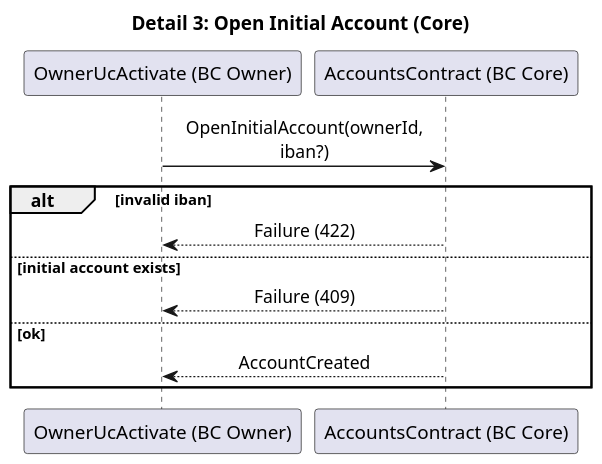
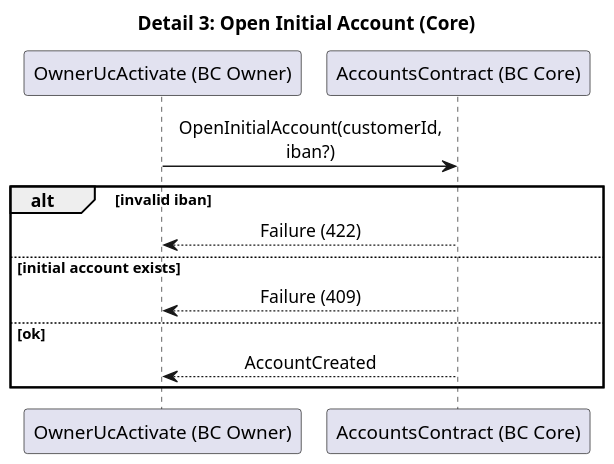
One commit to berndRog/Banking26DDD changed the diagram in BankingApi/1UML/Owner_UC_Activate/Activate_04_FirstAccount.puml. Above: the diagram before and after it, drawn with PlantUML. The commit also changed 142 other files, not shown here.

```diff
--- a/BankingApi/1UML/Owner_UC_Activate/Activate_04_FirstAccount.puml
+++ b/BankingApi/1UML/Owner_UC_Activate/Activate_04_FirstAccount.puml
@@ -1,19 +1,19 @@
 @startuml
 scale 1.35
 skinparam shadowing false
 skinparam sequenceMessageAlign center
 skinparam maxMessageSize 90
 title Detail 3: Open Initial Account (Core)
 
 participant "OwnerUcActivate (BC Owner)" as U
 participant "AccountsContract (BC Core)" as AC
 
-U -> AC : OpenInitialAccount(ownerId, iban?)
+U -> AC : OpenInitialAccount(customerId, iban?)
 alt invalid iban
   AC --> U : Failure (422)
 else initial account exists
   AC --> U : Failure (409)
 else ok
   AC --> U : AccountCreated
 end
 @enduml
```
